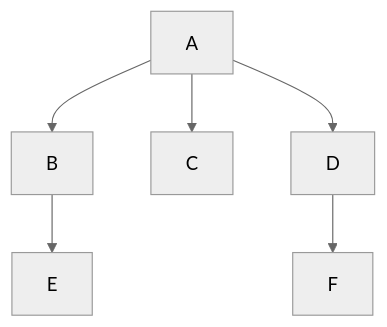
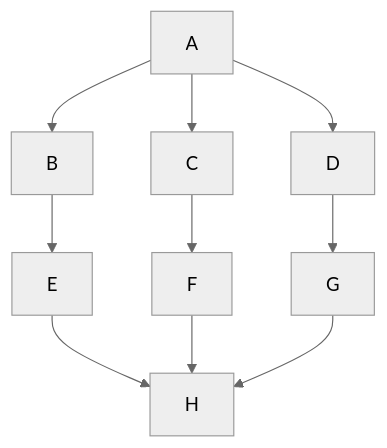
One commit to NicoloCavalli95horses/KMS-web-testing changed the diagram in content/00 Antilibrary/non-incremental (big-bang) unit testing.md. Above: the diagram before and after it, drawn with Mermaid (neutral theme). The commit also changed other lines of this file and 8 other files, not shown here.

````diff
--- a/content/00 Antilibrary/non-incremental (big-bang) unit testing.md
+++ b/content/00 Antilibrary/non-incremental (big-bang) unit testing.md
@@ -13,8 +18,13 @@
 ```mermaid
 graph TD;
     A-->B;
     A-->C;
     A-->D;
     B-->E;
-    D-->F;
+    C-->F;
+    D-->G;
+    E-->H;
+    F-->H;
+    G-->H;
+    
 ```
````
